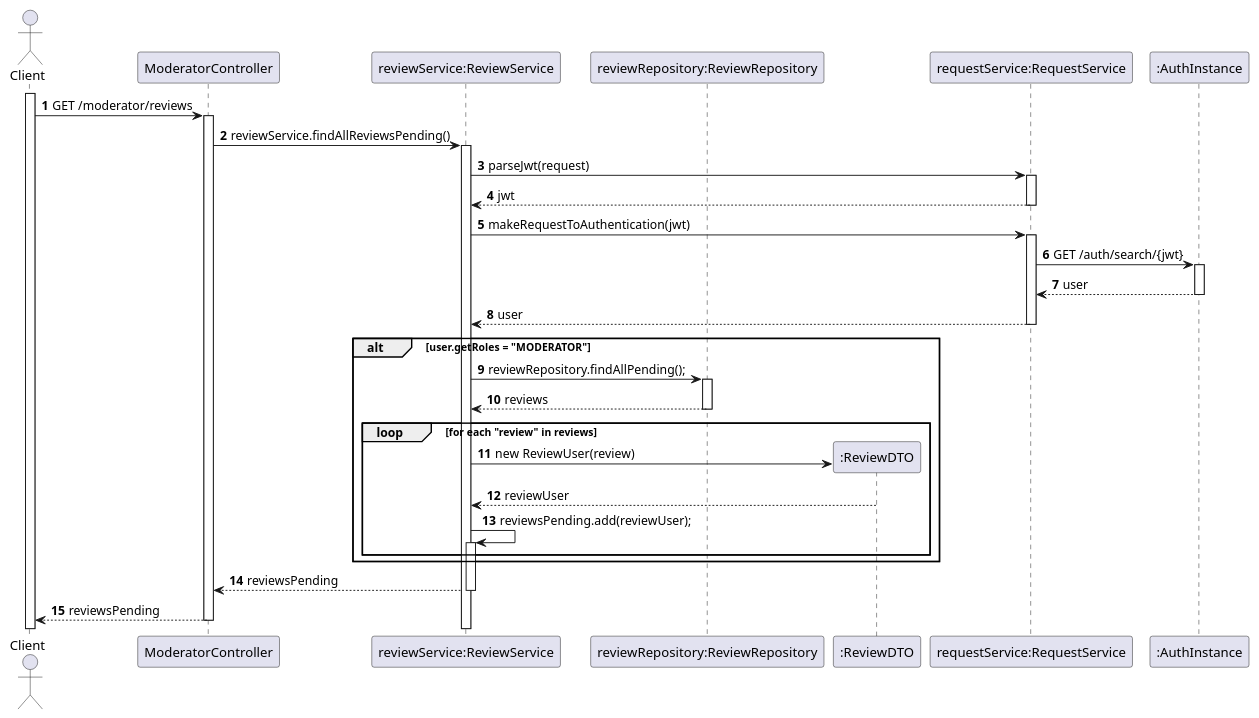
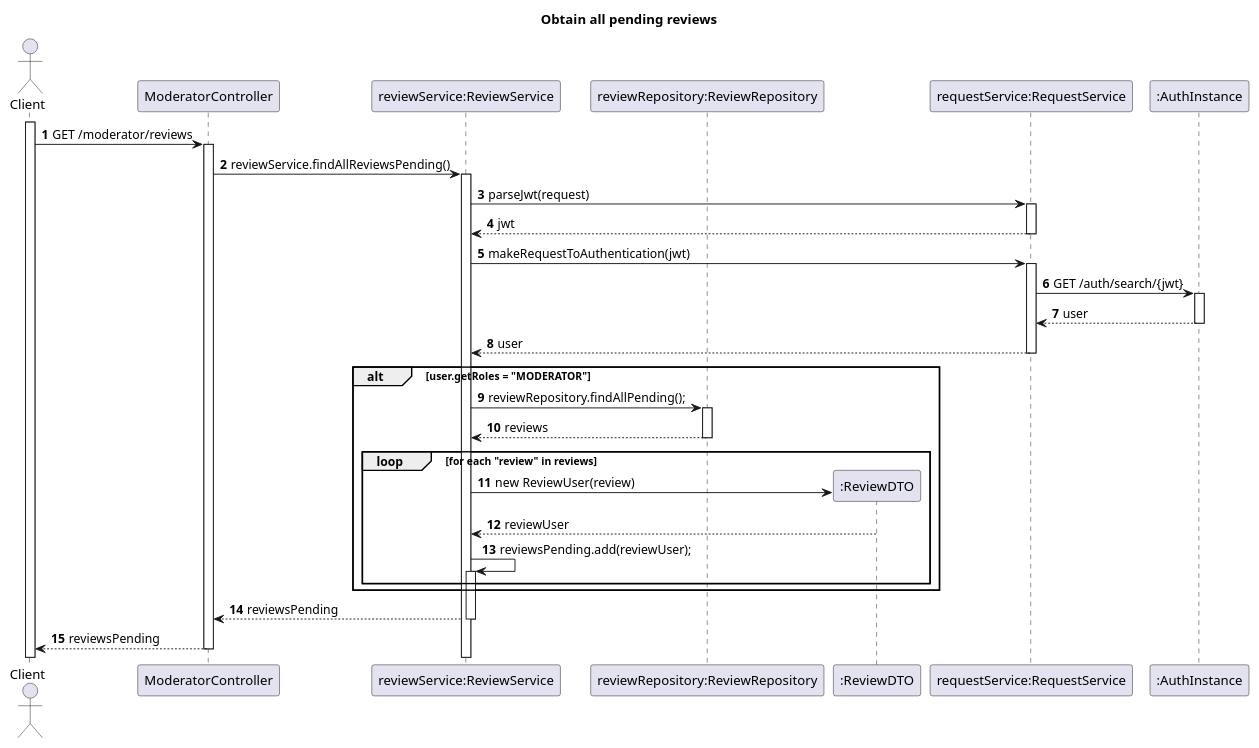
The diagram in Docs/US09-SD.puml (TiagoNora/SIDIS-Docs), drawn with PlantUML before and after one commit. The commit also changed 5 other files, not shown here.

```diff
--- a/Docs/US09-SD.puml
+++ b/Docs/US09-SD.puml
@@ -1,38 +1,38 @@
 @startuml
 'https://plantuml.com/sequence-diagram
 
-
+title Obtain all pending reviews
 autoactivate on
 autonumber
 
 actor "Client" as client
 participant "ModeratorController" as controller
 participant "reviewService:ReviewService" as service
 participant "reviewRepository:ReviewRepository" as repository
 participant ":ReviewDTO" as reviewUser
 participant "requestService:RequestService" as request
 participant ":AuthInstance" as instanceAuth
 
 activate client
 
 client -> controller: GET /moderator/reviews
 controller -> service : reviewService.findAllReviewsPending()
 service -> request : parseJwt(request)
 request --> service: jwt
 service -> request: makeRequestToAuthentication(jwt)
 request -> instanceAuth: GET /auth/search/{jwt}
 instanceAuth --> request: user
 request --> service: user
 alt user.getRoles = "MODERATOR"
 service -> repository: reviewRepository.findAllPending();
 repository --> service: reviews
 loop for each "review" in reviews
     service -> reviewUser**: new ReviewUser(review)
     reviewUser --> service: reviewUser
     service -> service: reviewsPending.add(reviewUser);
 end loop
 end
 service --> controller: reviewsPending
 controller --> client: reviewsPending
 
 @enduml
```
